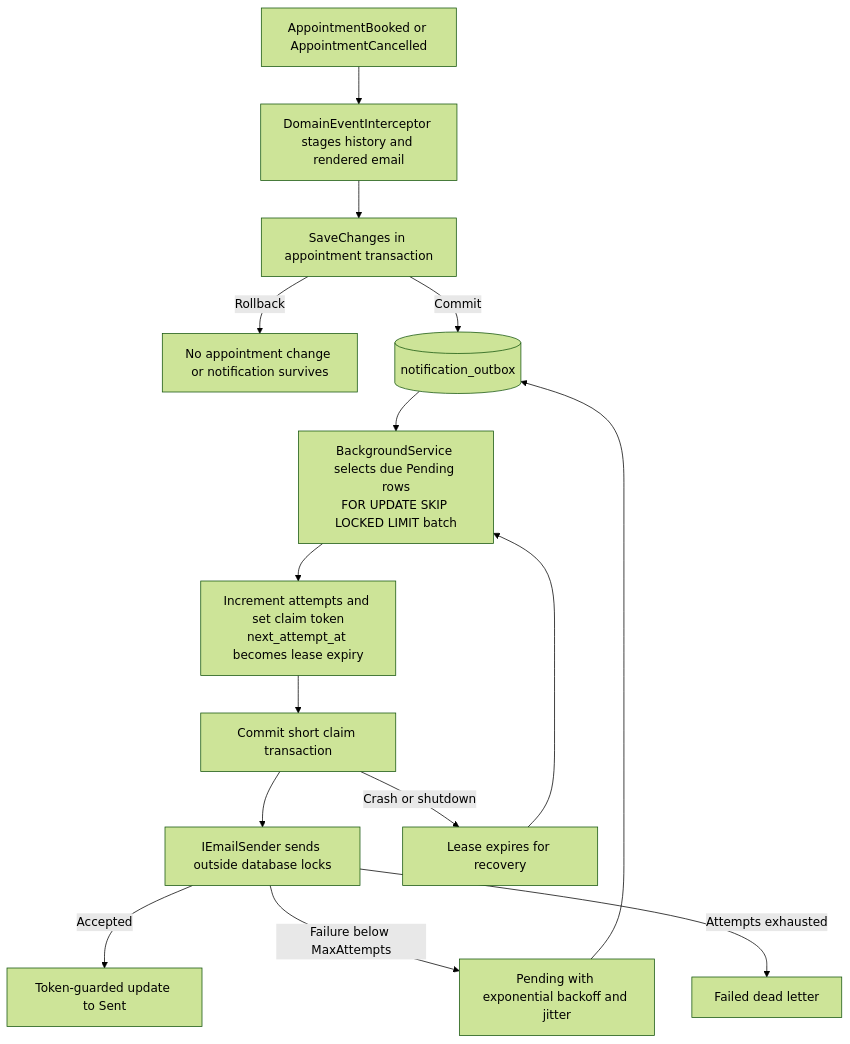
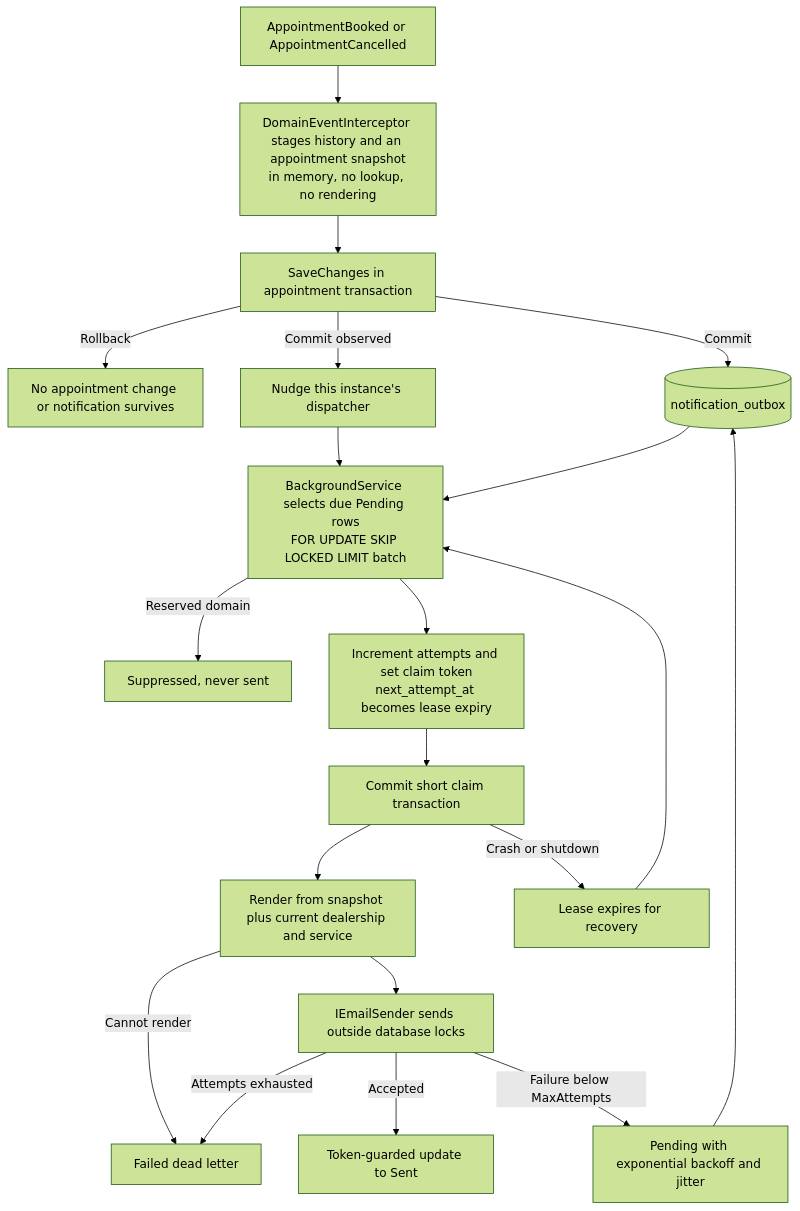
Diagram 11 of 13 in docs/SYSTEM_DESIGN.md (kylesmile1103/keyloop-service-scheduler), drawn with Mermaid (forest theme) before and after one commit. The commit also changed other lines of this file and 34 other files, not shown here.

First line of the commit message:
fix(api): render notifications at dispatch, suppress reserved domains and wake on commit

````diff
--- a/docs/SYSTEM_DESIGN.md
+++ b/docs/SYSTEM_DESIGN.md
@@ -953,17 +951,22 @@
 ```mermaid
 flowchart TD
-    A[AppointmentBooked or AppointmentCancelled] --> B[DomainEventInterceptor stages history and rendered email]
+    A[AppointmentBooked or AppointmentCancelled] --> B[DomainEventInterceptor stages history and an appointment snapshot<br/>in memory, no lookup, no rendering]
     B --> C[SaveChanges in appointment transaction]
     C -->|Rollback| D[No appointment change or notification survives]
     C -->|Commit| E[(notification_outbox)]
+    C -->|Commit observed| N[Nudge this instance's dispatcher]
+    N --> F
     E --> F[BackgroundService selects due Pending rows<br/>FOR UPDATE SKIP LOCKED LIMIT batch]
+    F -->|Reserved domain| S[Suppressed, never sent]
     F --> G[Increment attempts and set claim token<br/>next_attempt_at becomes lease expiry]
     G --> H[Commit short claim transaction]
-    H --> I[IEmailSender sends outside database locks]
+    H --> R[Render from snapshot plus current dealership and service]
+    R -->|Cannot render| L
+    R --> I[IEmailSender sends outside database locks]
     I -->|Accepted| J[Token-guarded update to Sent]
     I -->|Failure below MaxAttempts| K[Pending with exponential backoff and jitter]
     K --> E
     I -->|Attempts exhausted| L[Failed dead letter]
     H -->|Crash or shutdown| M[Lease expires for recovery]
     M --> F
 ```
````
